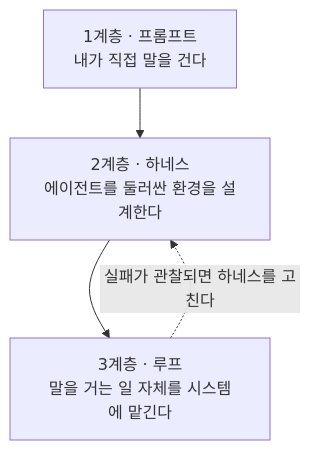
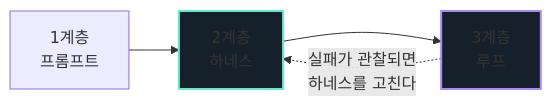
The diagram in docs/index.md (Hyeokjinoh/vibecoding-study), drawn with Mermaid before and after one commit. The commit also changed other lines of this file and 4 other files, not shown here.

First line of the commit message:
디자인: 다이어그램 살리고 다크 테마 입히기

````diff
--- a/docs/index.md
+++ b/docs/index.md
@@ -20,8 +95,7 @@
 ```mermaid
-flowchart TB
-    L1["1계층 · 프롬프트<br/>내가 직접 말을 건다"]
-    L2["2계층 · 하네스<br/>에이전트를 둘러싼 환경을 설계한다"]
-    L3["3계층 · 루프<br/>말을 거는 일 자체를 시스템에 맡긴다"]
-    L1 --> L2 --> L3
-    L3 -. "실패가 관찰되면 하네스를 고친다" .-> L2
+flowchart LR
+    L1["1계층<br/>프롬프트"] --> L2["2계층<br/>하네스"] --> L3["3계층<br/>루프"]
+    L3 -. "실패가 관찰되면<br/>하네스를 고친다" .-> L2
+    style L2 fill:#16202b,stroke:#5eead4,stroke-width:2px
+    style L3 fill:#16202b,stroke:#a78bfa,stroke-width:2px
 ```
````
